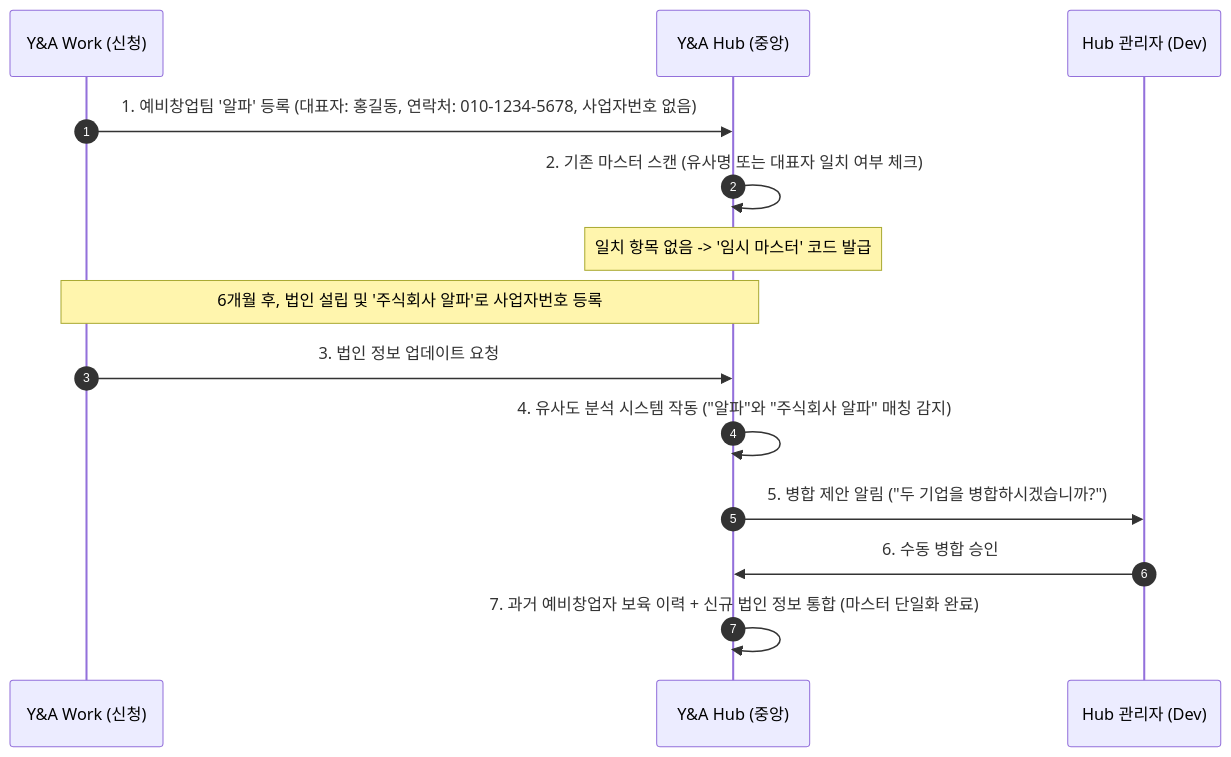
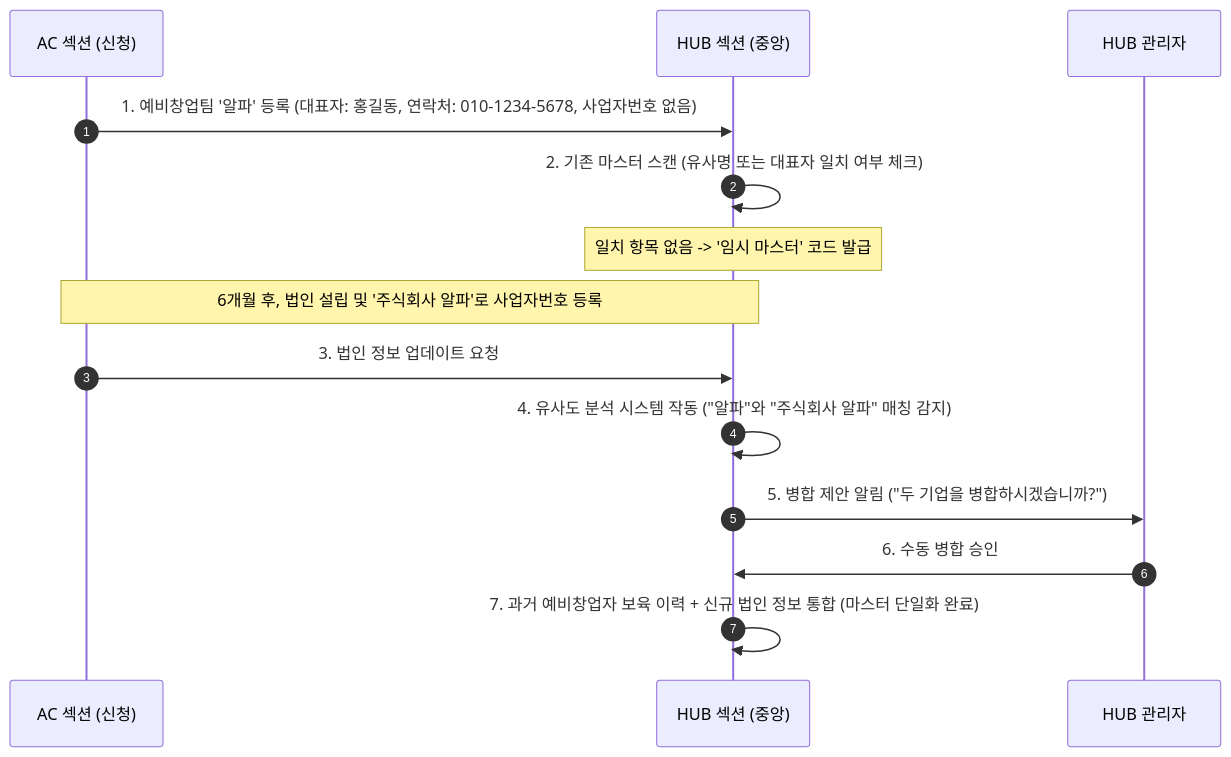
Before and after one commit to ynarcher-dev/yna_suite: the second of 2 diagrams in docs/yna_suite_planning.md, drawn with Mermaid. The commit also changed other lines of this file and 261 other files, not shown here.

First line of the commit message:
refactor: 아키텍처 개편 — Y&ARCHER WORKS 단일 내부 앱 + GUEST 외부 앱 (dev→admin, work→ac)

````diff
--- a/docs/yna_suite_planning.md
+++ b/docs/yna_suite_planning.md
@@ -103,18 +117,18 @@
 ```mermaid
 sequenceDiagram
     autonumber
-    participant Work as Y&A Work (신청)
-    participant Hub as Y&A Hub (중앙)
-    participant Admin as Hub 관리자 (Dev)
+    participant Work as AC 섹션 (신청)
+    participant Hub as HUB 섹션 (중앙)
+    participant Admin as HUB 관리자
 
     Work->>Hub: 1. 예비창업팀 '알파' 등록 (대표자: 홍길동, 연락처: 010-1234-5678, 사업자번호 없음)
     Hub->>Hub: 2. 기존 마스터 스캔 (유사명 또는 대표자 일치 여부 체크)
     Note over Hub: 일치 항목 없음 -> '임시 마스터' 코드 발급
     
     Note over Work, Hub: 6개월 후, 법인 설립 및 '주식회사 알파'로 사업자번호 등록
     Work->>Hub: 3. 법인 정보 업데이트 요청
     Hub->>Hub: 4. 유사도 분석 시스템 작동 ("알파"와 "주식회사 알파" 매칭 감지)
     Hub->>Admin: 5. 병합 제안 알림 ("두 기업을 병합하시겠습니까?")
     Admin->>Hub: 6. 수동 병합 승인
     Hub->>Hub: 7. 과거 예비창업자 보육 이력 + 신규 법인 정보 통합 (마스터 단일화 완료)
 ```
````
